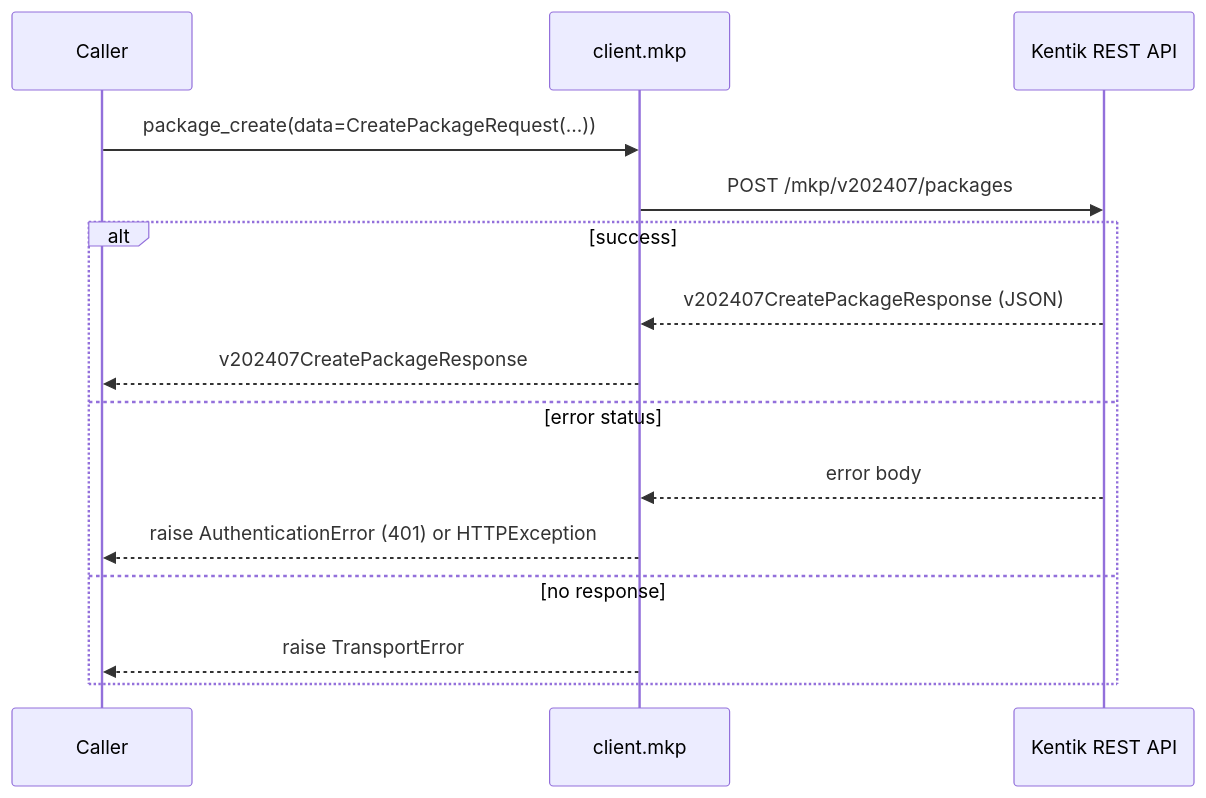
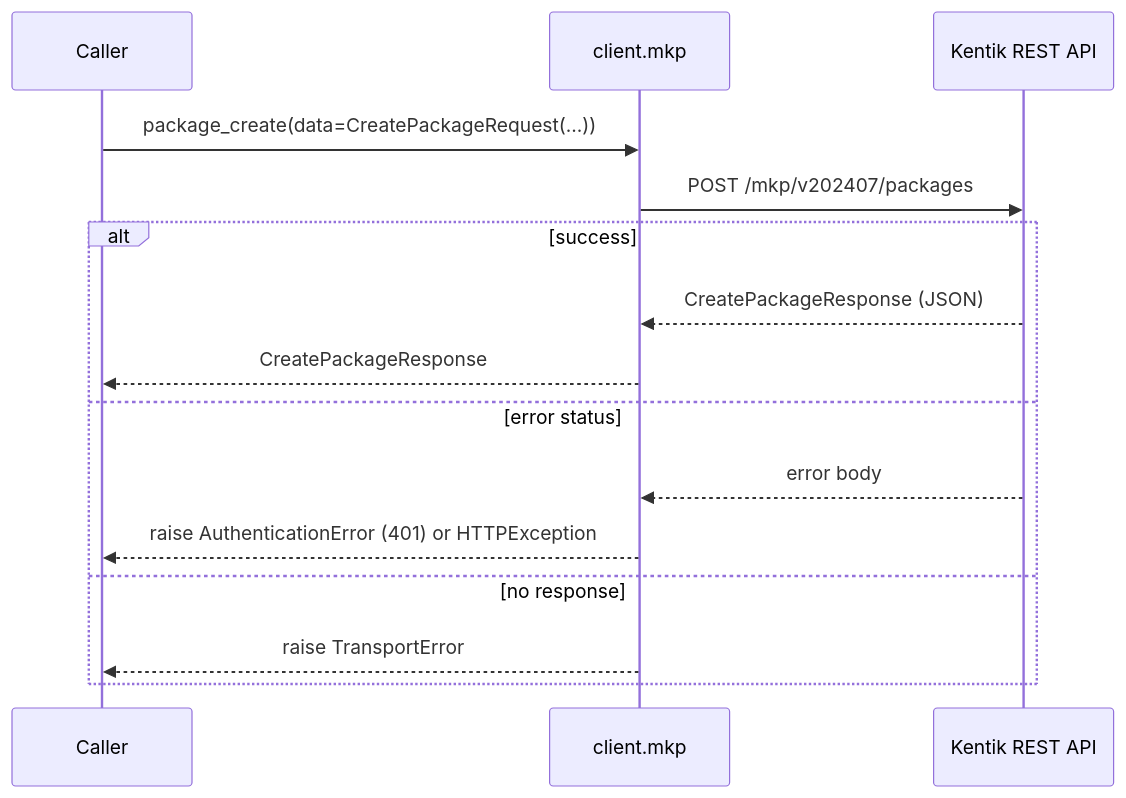
Before and after one commit to alexdearaujo/community_sdk_python: the fourth of 30 diagrams in docs/sphinx/services/mkp.md, drawn with Mermaid. The commit also changed other lines of this file and 38 other files, not shown here.

````diff
--- a/docs/sphinx/services/mkp.md
+++ b/docs/sphinx/services/mkp.md
@@ -108,18 +108,18 @@
 ```mermaid
 sequenceDiagram
     participant C as Caller
     participant W as client.mkp
     participant API as Kentik REST API
 
     C->>W: package_create(data=CreatePackageRequest(...))
     W->>API: POST /mkp/v202407/packages
     alt success
-        API-->>W: v202407CreatePackageResponse (JSON)
-        W-->>C: v202407CreatePackageResponse
+        API-->>W: CreatePackageResponse (JSON)
+        W-->>C: CreatePackageResponse
     else error status
         API-->>W: error body
         W-->>C: raise AuthenticationError (401) or HTTPException
     else no response
         W-->>C: raise TransportError
     end
 ```
````
